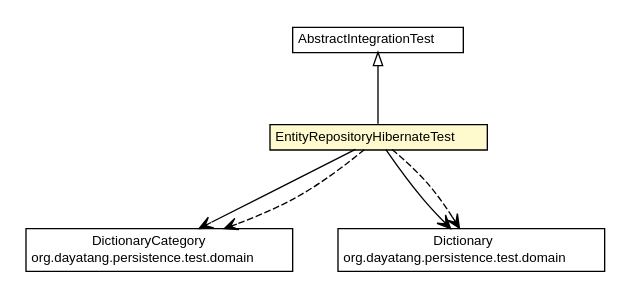
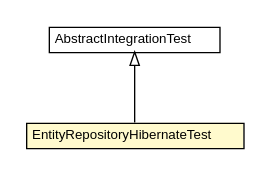
Before and after one commit to dayatang/dddlib: the diagram in dddlib-persistence/dddlib-persistence-hibernate/testapidocs/org/dayatang/persistence/hibernate/EntityRepositoryHibernateTest.dot, drawn with Graphviz. The commit also changed 61 other files, not shown here.

```diff
--- a/dddlib-persistence/dddlib-persistence-hibernate/testapidocs/org/dayatang/persistence/hibernate/EntityRepositoryHibernateTest.dot
+++ b/dddlib-persistence/dddlib-persistence-hibernate/testapidocs/org/dayatang/persistence/hibernate/EntityRepositoryHibernateTest.dot
@@ -1,48 +1,26 @@
 #!/usr/local/bin/dot
 #
 # Class diagram 
 # Generated by UMLGraph version R5_6_6-8-g8d7759 (http://www.umlgraph.org/)
 #
 
 digraph G {
 	edge [fontname="Helvetica",fontsize=10,labelfontname="Helvetica",labelfontsize=10];
 	node [fontname="Helvetica",fontsize=10,shape=plaintext];
 	nodesep=0.25;
 	ranksep=0.5;
 	// org.dayatang.persistence.hibernate.EntityRepositoryHibernateTest
-	c56 [label=<<table title="org.dayatang.persistence.hibernate.EntityRepositoryHibernateTest" border="0" cellborder="1" cellspacing="0" cellpadding="2" port="p" bgcolor="lemonChiffon" href="./EntityRepositoryHibernateTest.html">
+	c50 [label=<<table title="org.dayatang.persistence.hibernate.EntityRepositoryHibernateTest" border="0" cellborder="1" cellspacing="0" cellpadding="2" port="p" bgcolor="lemonChiffon" href="./EntityRepositoryHibernateTest.html">
 		<tr><td><table border="0" cellspacing="0" cellpadding="1">
 <tr><td align="center" balign="center"> EntityRepositoryHibernateTest </td></tr>
 		</table></td></tr>
 		</table>>, URL="./EntityRepositoryHibernateTest.html", fontname="Helvetica", fontcolor="black", fontsize=10.0];
 	// org.dayatang.persistence.hibernate.AbstractIntegrationTest
-	c59 [label=<<table title="org.dayatang.persistence.hibernate.AbstractIntegrationTest" border="0" cellborder="1" cellspacing="0" cellpadding="2" port="p" href="./AbstractIntegrationTest.html">
+	c53 [label=<<table title="org.dayatang.persistence.hibernate.AbstractIntegrationTest" border="0" cellborder="1" cellspacing="0" cellpadding="2" port="p" href="./AbstractIntegrationTest.html">
 		<tr><td><table border="0" cellspacing="0" cellpadding="1">
 <tr><td align="center" balign="center"> AbstractIntegrationTest </td></tr>
 		</table></td></tr>
 		</table>>, URL="./AbstractIntegrationTest.html", fontname="Helvetica", fontcolor="black", fontsize=10.0];
 	//org.dayatang.persistence.hibernate.EntityRepositoryHibernateTest extends org.dayatang.persistence.hibernate.AbstractIntegrationTest
-	c59:p -> c56:p [dir=back,arrowtail=empty];
-	// org.dayatang.persistence.hibernate.EntityRepositoryHibernateTest NAVASSOC org.dayatang.persistence.test.domain.DictionaryCategory
-	c56:p -> c60:p [taillabel="", label=" "headlabel="", fontname="Helvetica", fontcolor="black", fontsize=10.0, color="black", arrowhead=open];
-	// org.dayatang.persistence.hibernate.EntityRepositoryHibernateTest NAVASSOC org.dayatang.persistence.test.domain.Dictionary
-	c56:p -> c61:p [taillabel="", label=" "headlabel="", fontname="Helvetica", fontcolor="black", fontsize=10.0, color="black", arrowhead=open];
-	// org.dayatang.persistence.hibernate.EntityRepositoryHibernateTest DEPEND org.dayatang.persistence.test.domain.Dictionary
-	c56:p -> c61:p [taillabel="", label=" "headlabel="", fontname="Helvetica", fontcolor="black", fontsize=10.0, color="black", arrowhead=open, style=dashed];
-	// org.dayatang.persistence.hibernate.EntityRepositoryHibernateTest DEPEND org.dayatang.persistence.test.domain.DictionaryCategory
-	c56:p -> c60:p [taillabel="", label=" "headlabel="", fontname="Helvetica", fontcolor="black", fontsize=10.0, color="black", arrowhead=open, style=dashed];
-	// org.dayatang.persistence.test.domain.Dictionary
-	c61 [label=<<table title="org.dayatang.persistence.test.domain.Dictionary" border="0" cellborder="1" cellspacing="0" cellpadding="2" port="p" href="http://java.sun.com/j2se/1.4.2/docs/api/org/dayatang/persistence/test/domain/Dictionary.html">
-		<tr><td><table border="0" cellspacing="0" cellpadding="1">
-<tr><td align="center" balign="center"> Dictionary </td></tr>
-<tr><td align="center" balign="center"> org.dayatang.persistence.test.domain </td></tr>
-		</table></td></tr>
-		</table>>, URL="http://java.sun.com/j2se/1.4.2/docs/api/org/dayatang/persistence/test/domain/Dictionary.html", fontname="Helvetica", fontcolor="black", fontsize=10.0];
-	// org.dayatang.persistence.test.domain.DictionaryCategory
-	c60 [label=<<table title="org.dayatang.persistence.test.domain.DictionaryCategory" border="0" cellborder="1" cellspacing="0" cellpadding="2" port="p" href="http://java.sun.com/j2se/1.4.2/docs/api/org/dayatang/persistence/test/domain/DictionaryCategory.html">
-		<tr><td><table border="0" cellspacing="0" cellpadding="1">
-<tr><td align="center" balign="center"> DictionaryCategory </td></tr>
-<tr><td align="center" balign="center"> org.dayatang.persistence.test.domain </td></tr>
-		</table></td></tr>
-		</table>>, URL="http://java.sun.com/j2se/1.4.2/docs/api/org/dayatang/persistence/test/domain/DictionaryCategory.html", fontname="Helvetica", fontcolor="black", fontsize=10.0];
+	c53:p -> c50:p [dir=back,arrowtail=empty];
 }
```
